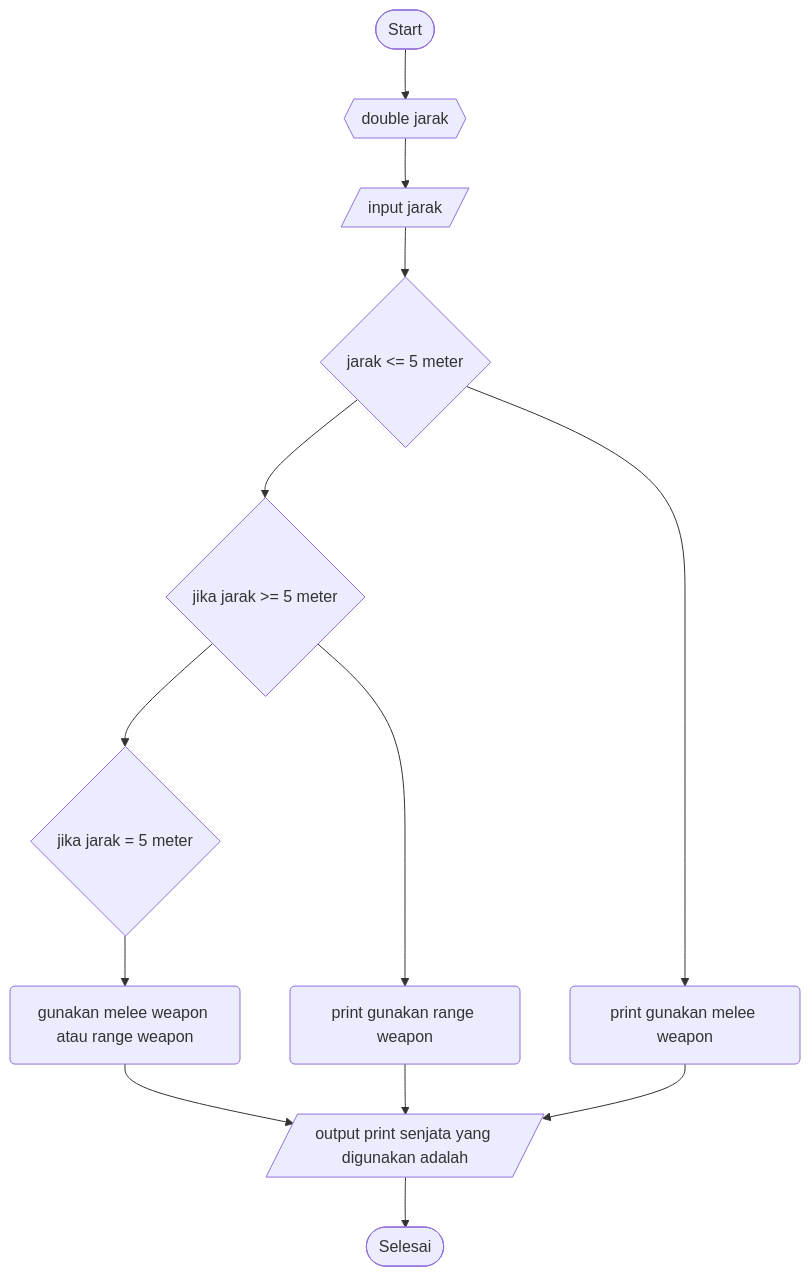
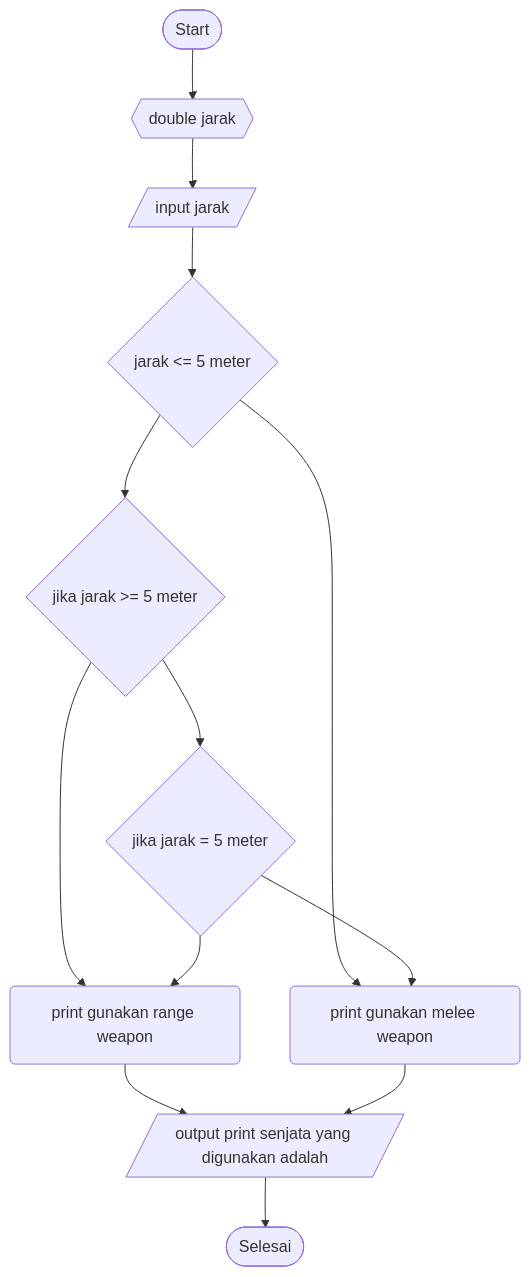
The diagram in JustForFun.md (SATRIODIANNUGROHO/Sample2.1), drawn with Mermaid before and after one commit.

````diff
--- a/JustForFun.md
+++ b/JustForFun.md
@@ -3,15 +3,15 @@
 ```mermaid
 graph TD;
     A([Start])-->B{{double jarak}};
     B{{double jarak}}-->C[/input jarak/];
     C[/input jarak/]-->D{jarak kurang dari 5 meter};
     D{jarak <= 5 meter}-->E(print gunakan melee weapon);
     D{jarak <= 5 meter}-->F{jika jarak >= 5 meter};
     F{jika jarak >= 5 meter}-->G(print gunakan range weapon);
     F{jika jarak >= 5 meter}-->J{jika jarak = 5 meter};
-    J{jika jarak = 5 meter}-->K(gunakan melee weapon atau range weapon);
-    K(gunakan melee weapon atau range weapon)-->H[/output print senjata yang digunakan adalah/];
+    J{jika jarak = 5 meter}-->E(print gunakan melee weapon);
+    J{jika jarak = 5 meter}-->G(print gunakan range weapon);
     G(print gunakan range weapon)-->H[/output print senjata yang digunakan adalah/];
     E(print gunakan melee weapon)-->H[/output print senjata yang digunakan adalah/];
     H[/output print senjata yang digunakan adalah/]-->I([Selesai]);
 ```
````
